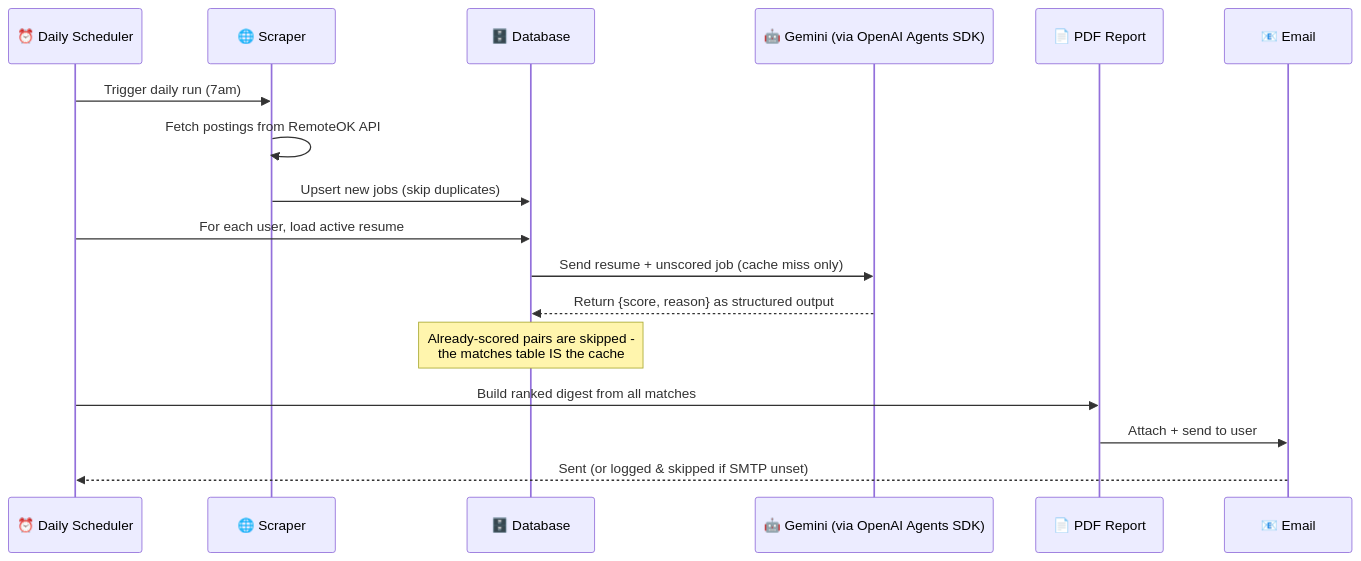
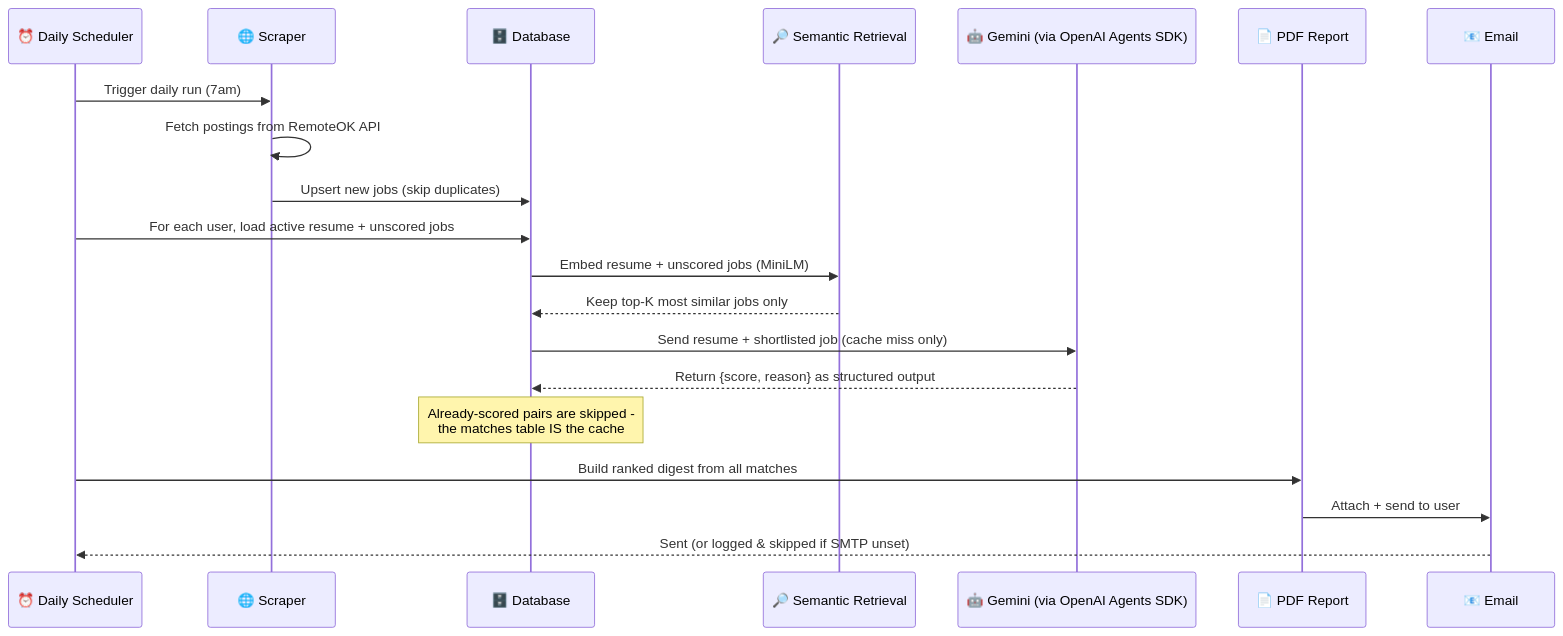
Before and after one commit to mr-shaheer/flyrank-projects: the first of 2 diagrams in job-radar/README.md, drawn with Mermaid. The commit also changed other lines of this file, not shown here.

````diff
--- a/job-radar/README.md
+++ b/job-radar/README.md
@@ -63,20 +71,23 @@
 ```mermaid
 sequenceDiagram
     participant Cron as ⏰ Daily Scheduler
     participant Scraper as 🌐 Scraper
     participant DB as 🗄️ Database
+    participant Retr as 🔎 Semantic Retrieval
     participant LLM as 🤖 Gemini (via OpenAI Agents SDK)
     participant PDF as 📄 PDF Report
     participant Mail as 📧 Email
 
     Cron->>Scraper: Trigger daily run (7am)
     Scraper->>Scraper: Fetch postings from RemoteOK API
     Scraper->>DB: Upsert new jobs (skip duplicates)
-    Cron->>DB: For each user, load active resume
-    DB->>LLM: Send resume + unscored job (cache miss only)
+    Cron->>DB: For each user, load active resume + unscored jobs
+    DB->>Retr: Embed resume + unscored jobs (MiniLM)
+    Retr-->>DB: Keep top-K most similar jobs only
+    DB->>LLM: Send resume + shortlisted job (cache miss only)
     LLM-->>DB: Return {score, reason} as structured output
     Note over DB: Already-scored pairs are skipped -<br/>the matches table IS the cache
     Cron->>PDF: Build ranked digest from all matches
     PDF->>Mail: Attach + send to user
     Mail-->>Cron: Sent (or logged & skipped if SMTP unset)
 ```
````
